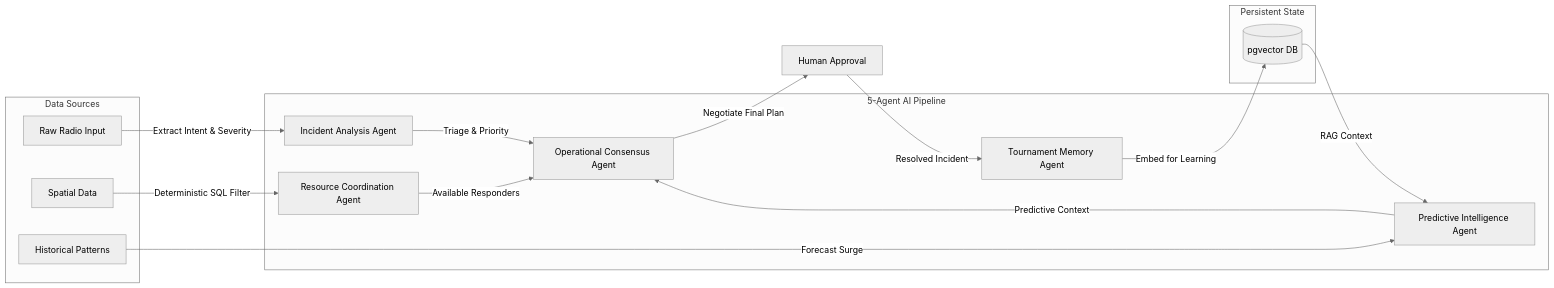
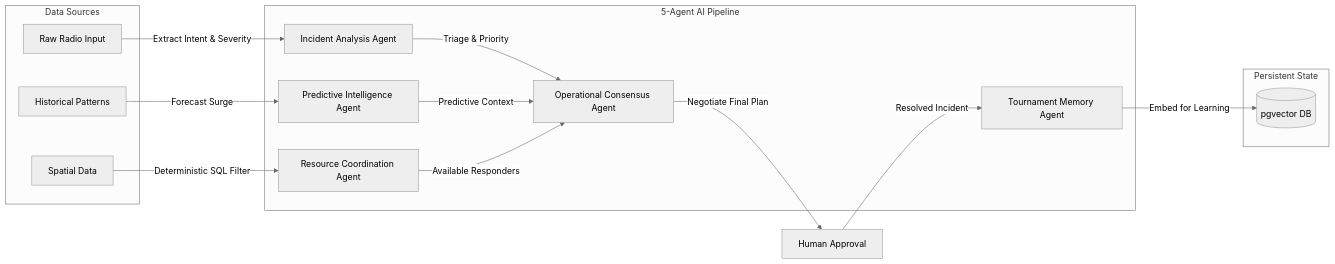
Before and after one commit to JENX-5/StadiumPulse: the first of 2 diagrams in README.md, drawn with Mermaid (neutral theme). The commit also changed other lines of this file and 80 other files, not shown here.

````diff
--- a/README.md
+++ b/README.md
@@ -43,33 +50,32 @@
 ```mermaid
 flowchart LR
     subgraph Input ["Data Sources"]
         RRI[Raw Radio Input]
         Spat[Spatial Data]
         Hist[Historical Patterns]
     end
 
     subgraph Agents ["5-Agent AI Pipeline"]
         IAA[Incident Analysis Agent]
         PIA[Predictive Intelligence Agent]
         RCA[Resource Coordination Agent]
         OCA[Operational Consensus Agent]
         TMA[Tournament Memory Agent]
     end
 
     subgraph Storage ["Persistent State"]
         PG[(pgvector DB)]
     end
 
     RRI -->|Extract Intent & Severity| IAA
     Hist -->|Forecast Surge| PIA
     Spat -->|Deterministic SQL Filter| RCA
 
     IAA -->|Triage & Priority| OCA
     PIA -->|Predictive Context| OCA
     RCA -->|Available Responders| OCA
 
     OCA -->|Negotiate Final Plan| Final[Human Approval]
     Final -->|Resolved Incident| TMA
     TMA -->|Embed for Learning| PG
-    PG -->|RAG Context| PIA
 ```
````
